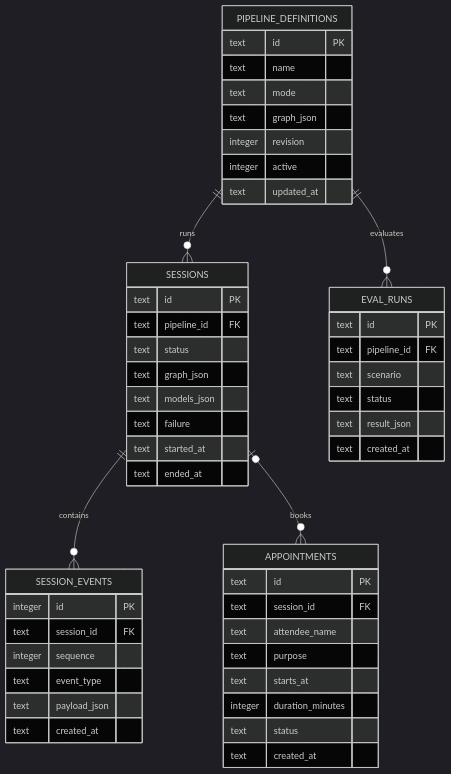
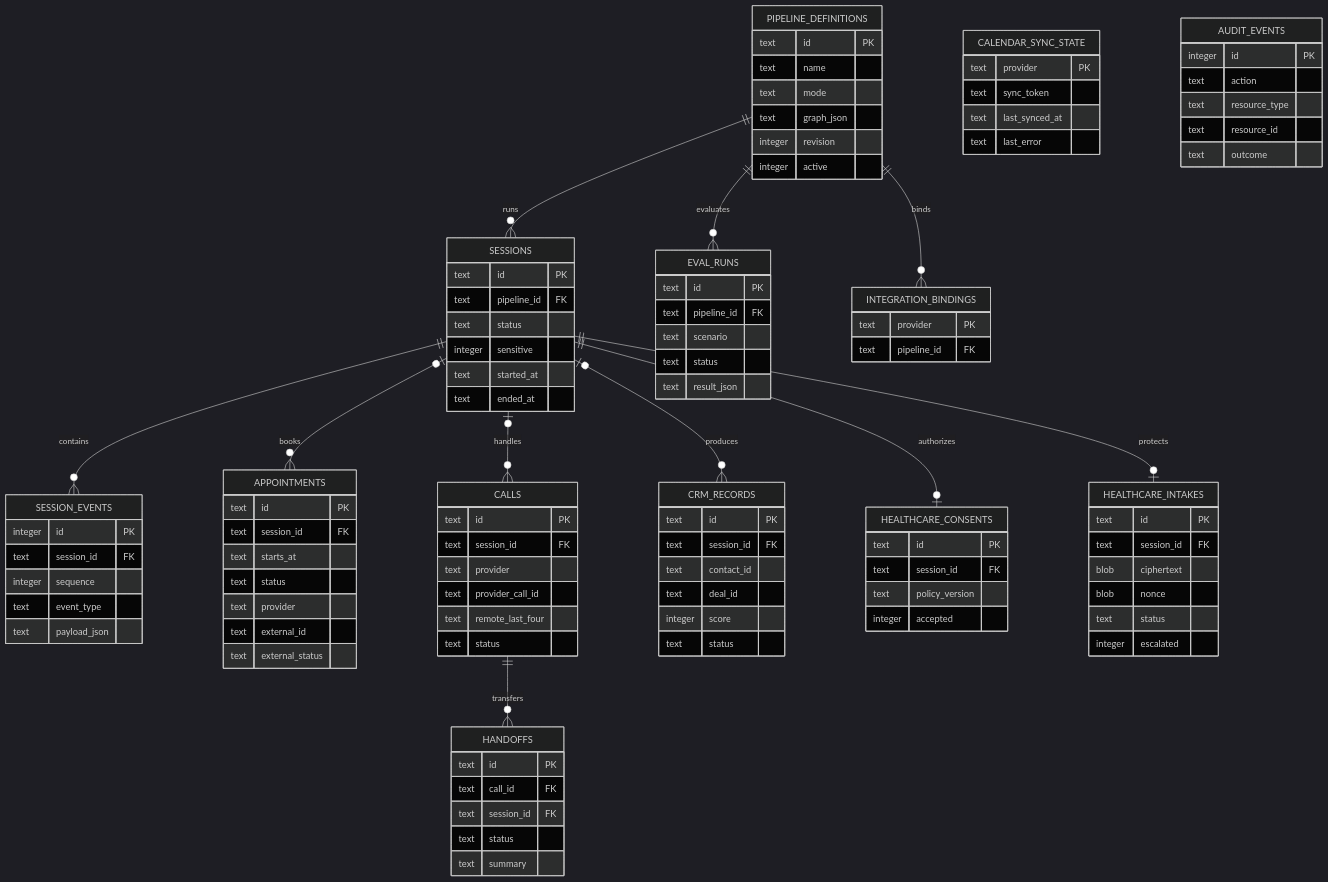
Before and after one commit to pypi-ahmad/pipecat-voice-studio: the diagram in docs/diagrams/database-er.mmd, drawn with Mermaid (dark theme). The commit also changed 54 other files, not shown here.

```diff
--- a/docs/diagrams/database-er.mmd
+++ b/docs/diagrams/database-er.mmd
@@ -1,51 +1,105 @@
 erDiagram
     PIPELINE_DEFINITIONS ||--o{ SESSIONS : runs
     PIPELINE_DEFINITIONS ||--o{ EVAL_RUNS : evaluates
+    PIPELINE_DEFINITIONS ||--o{ INTEGRATION_BINDINGS : binds
     SESSIONS ||--o{ SESSION_EVENTS : contains
     SESSIONS o|--o{ APPOINTMENTS : books
+    SESSIONS o|--o{ CALLS : handles
+    CALLS ||--o{ HANDOFFS : transfers
+    SESSIONS o|--o{ CRM_RECORDS : produces
+    SESSIONS ||--o| HEALTHCARE_CONSENTS : authorizes
+    SESSIONS ||--o| HEALTHCARE_INTAKES : protects
 
     PIPELINE_DEFINITIONS {
         text id PK
         text name
         text mode
         text graph_json
         integer revision
         integer active
-        text updated_at
     }
     SESSIONS {
         text id PK
         text pipeline_id FK
         text status
-        text graph_json
-        text models_json
-        text failure
+        integer sensitive
         text started_at
         text ended_at
     }
     SESSION_EVENTS {
         integer id PK
         text session_id FK
         integer sequence
         text event_type
         text payload_json
-        text created_at
     }
     APPOINTMENTS {
         text id PK
         text session_id FK
-        text attendee_name
-        text purpose
         text starts_at
-        integer duration_minutes
         text status
-        text created_at
+        text provider
+        text external_id
+        text external_status
+    }
+    CALLS {
+        text id PK
+        text session_id FK
+        text provider
+        text provider_call_id
+        text remote_last_four
+        text status
+    }
+    HANDOFFS {
+        text id PK
+        text call_id FK
+        text session_id FK
+        text status
+        text summary
+    }
+    CRM_RECORDS {
+        text id PK
+        text session_id FK
+        text contact_id
+        text deal_id
+        integer score
+        text status
+    }
+    HEALTHCARE_CONSENTS {
+        text id PK
+        text session_id FK
+        text policy_version
+        integer accepted
+    }
+    HEALTHCARE_INTAKES {
+        text id PK
+        text session_id FK
+        blob ciphertext
+        blob nonce
+        text status
+        integer escalated
     }
     EVAL_RUNS {
         text id PK
         text pipeline_id FK
         text scenario
         text status
         text result_json
-        text created_at
     }
+    INTEGRATION_BINDINGS {
+        text provider PK
+        text pipeline_id FK
+    }
+    CALENDAR_SYNC_STATE {
+        text provider PK
+        text sync_token
+        text last_synced_at
+        text last_error
+    }
+    AUDIT_EVENTS {
+        integer id PK
+        text action
+        text resource_type
+        text resource_id
+        text outcome
+    }
```
